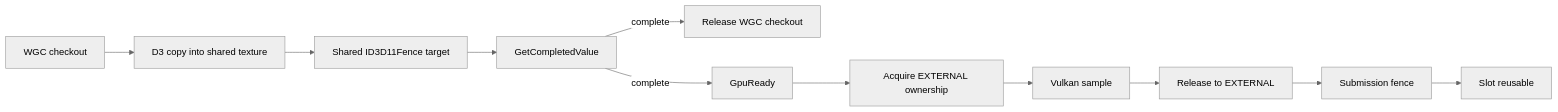
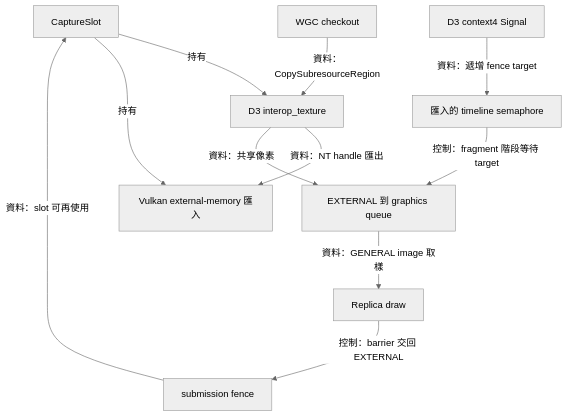
The fourth of 9 diagrams in docs/architecture/renderer.md (Mes0903/avb0795), drawn with Mermaid (neutral theme) before and after one commit. The commit also changed other lines of this file and 156 other files, not shown here.

````diff
--- a/docs/architecture/renderer.md
+++ b/docs/architecture/renderer.md
@@ -62,13 +121,13 @@
 ```mermaid
-flowchart LR
-    WGC[WGC checkout] --> Copy[D3 copy into shared texture]
-    Copy --> Fence[Shared ID3D11Fence target]
-    Fence --> Poll[GetCompletedValue]
-    Poll -->|complete| Checkin[Release WGC checkout]
-    Poll -->|complete| Ready[GpuReady]
-    Ready --> Acquire[Acquire EXTERNAL ownership]
-    Acquire --> Sample[Vulkan sample]
-    Sample --> Release[Release to EXTERNAL]
-    Release --> SubmitProof[Submission fence]
-    SubmitProof --> Reuse[Slot reusable]
+flowchart TD
+    Slot[CaptureSlot] -->|持有| Texture[D3 interop_texture]
+    Texture -->|資料：NT handle 匯出| Import[Vulkan external-memory 匯入]
+    Slot -->|持有| Import
+    Source[WGC checkout] -->|資料：CopySubresourceRegion| Texture
+    Copy[D3 context4 Signal] -->|資料：遞增 fence target| Timeline[匯入的 timeline semaphore]
+    Texture -->|資料：共享像素| Acquire[EXTERNAL 到 graphics queue]
+    Timeline -->|控制：fragment 階段等待 target| Acquire
+    Acquire -->|資料：GENERAL image 取樣| Draw[Replica draw]
+    Draw -->|控制：barrier 交回 EXTERNAL| Retire[submission fence]
+    Retire -->|資料：slot 可再使用| Slot
 ```
````
